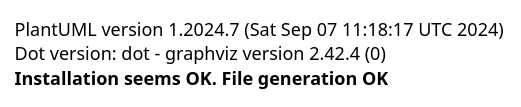
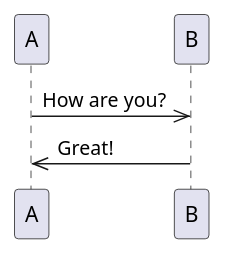
The fifth of 8 diagrams in install/chapter3-vscode.md (liangxiaoqiao/books), drawn with PlantUML before and after one commit. The commit also changed other lines of this file, not shown here.

````diff
--- a/install/chapter3-vscode.md
+++ b/install/chapter3-vscode.md
@@ -94,5 +109,6 @@
 ```puml
 @startuml
-testdot
+A ->> B : How are you?
+B ->> A : Great!
 @enduml
 ```
````
